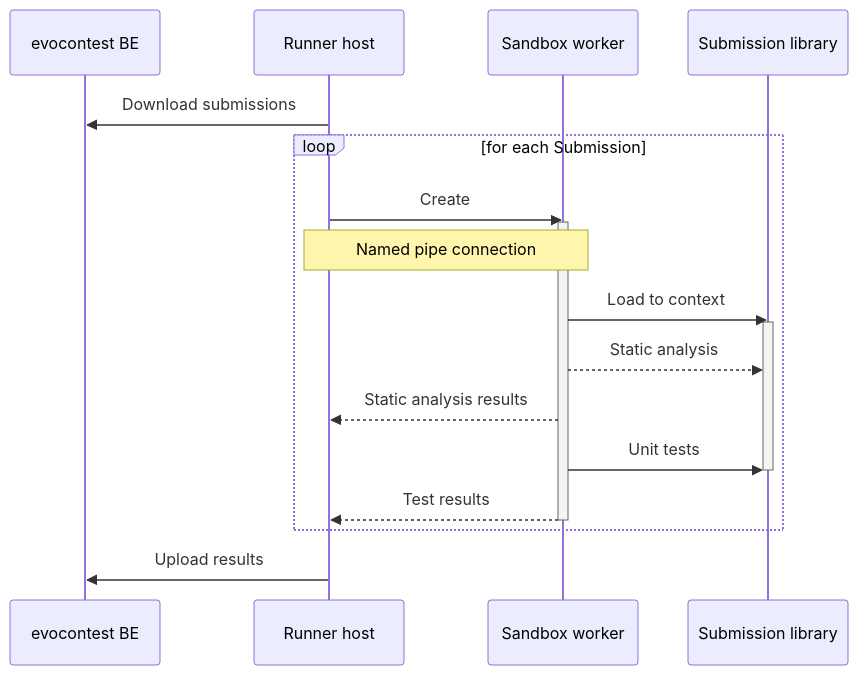
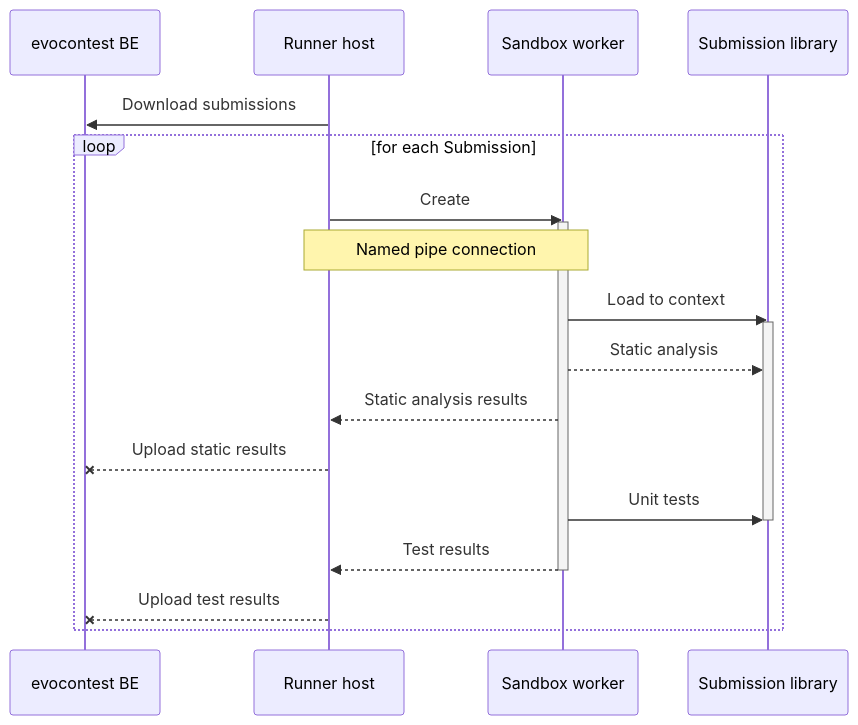
One commit to sanraith/evocontest changed the fourth of 6 diagrams in docs/architecture.md. Above: the diagram before and after it, drawn with Mermaid. The commit also changed other lines of this file, not shown here.

Commit message:
Updated architecture diagrams.

````diff
--- a/docs/architecture.md
+++ b/docs/architecture.md
@@ -88,25 +88,26 @@
 ```mermaid
 sequenceDiagram
 
 participant cloud as evocontest BE
 participant host as Runner host
 participant slave as Sandbox worker
 participant sub as Submission library
 
 host ->> cloud: Download submissions
 loop for each Submission
 	host ->> slave: Create
 	activate slave
 	Note over host, slave: Named pipe connection
 
 	slave ->> sub: Load to context
 	activate sub
 	slave -->> sub: Static analysis
 	slave -->> host: Static analysis results
+	host --x cloud: Upload static results
 	slave ->> sub: Unit tests
 	deactivate sub
 	slave -->> host: Test results
 	deactivate slave
+	host --x cloud: Upload test results
 end
-host ->> cloud: Upload results
 ```
````
